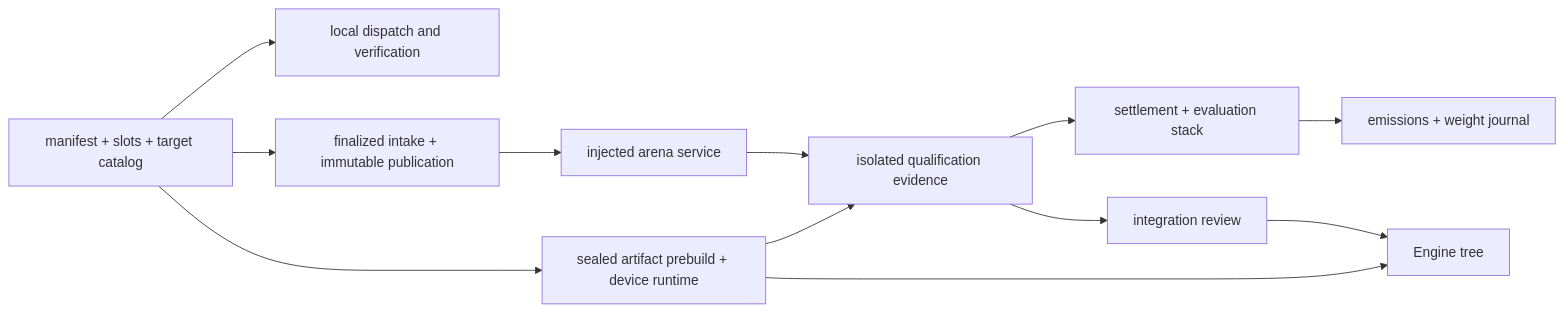
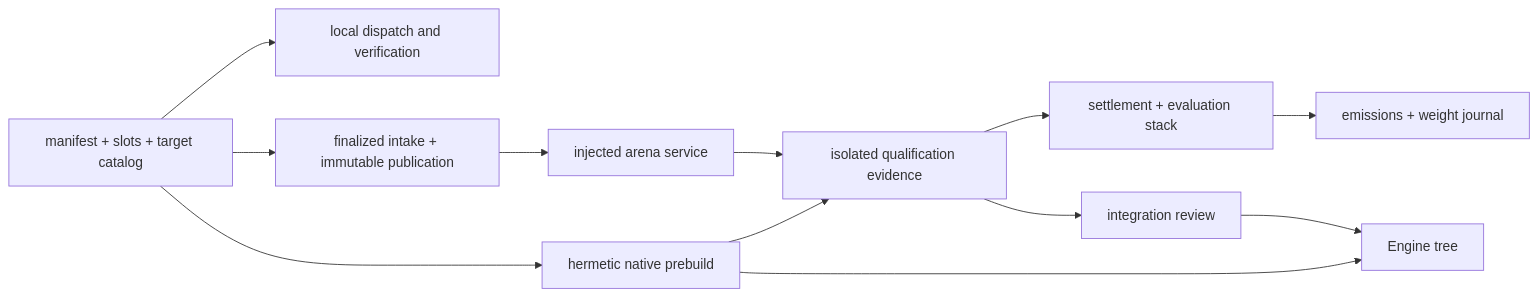
The diagram in docs/reference/codebase-map.md (latent-to/cacheon), drawn with Mermaid before and after one commit. The commit also changed other lines of this file and 83 other files, not shown here.

First line of the commit message:
Retire the sealed direct-artifact lane (AOT CUBIN path)

````diff
--- a/docs/reference/codebase-map.md
+++ b/docs/reference/codebase-map.md
@@ -13,14 +13,14 @@
 ```mermaid
 flowchart LR
     M["manifest + slots + target catalog"] --> D["local dispatch and verification"]
-    M --> N["sealed artifact prebuild + device runtime"]
+    M --> N["hermetic native prebuild"]
     M --> I["finalized intake + immutable publication"]
     I --> A["injected arena service"]
     A --> Q["isolated qualification evidence"]
     Q --> S["settlement + evaluation stack"]
     S --> W["emissions + weight journal"]
     Q --> R["integration review"]
     R --> E["Engine tree"]
     N --> Q
     N --> E
 ```
````
